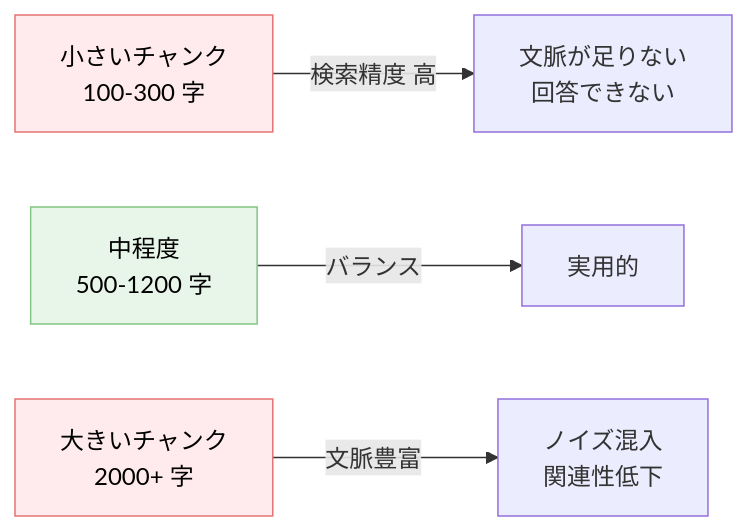
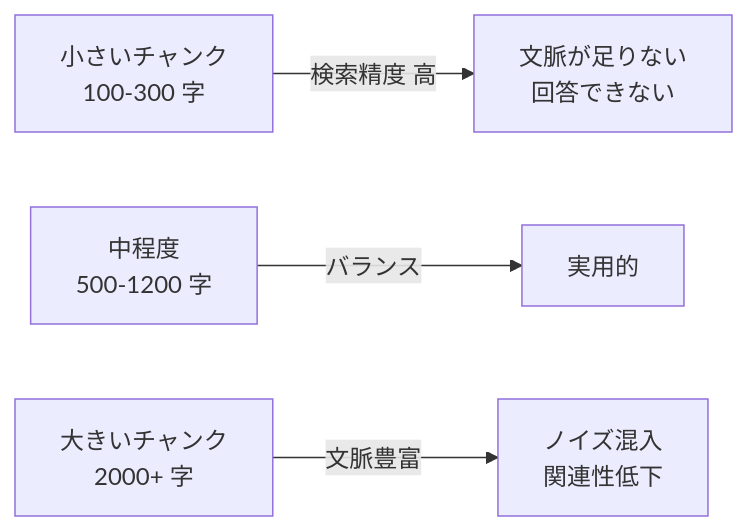
The first of 2 diagrams in docs/techniques/rag-のチャンクサイズを選ぶ基準.md (dinekt/dinekt-wiki), drawn with Mermaid before and after one commit. The commit also changed other lines of this file and 70 other files, not shown here.

First line of the commit message:
fix(mermaid): strip all inline styling, rely on theme

````diff
--- a/docs/techniques/rag-のチャンクサイズを選ぶ基準.md
+++ b/docs/techniques/rag-のチャンクサイズを選ぶ基準.md
@@ -25,10 +25,7 @@
 ```mermaid
 flowchart LR
     S[小さいチャンク<br/>100-300 字] -->|検索精度 高| P1[文脈が足りない<br/>回答できない]
     M[中程度<br/>500-1200 字] -->|バランス| P2[実用的]
     L[大きいチャンク<br/>2000+ 字] -->|文脈豊富| P3[ノイズ混入<br/>関連性低下]
 
-    style S fill:#ffebee,stroke:#e57373,color:#000
-    style M fill:#e8f5e9,stroke:#81c784,color:#000
-    style L fill:#ffebee,stroke:#e57373,color:#000
 ```
````
